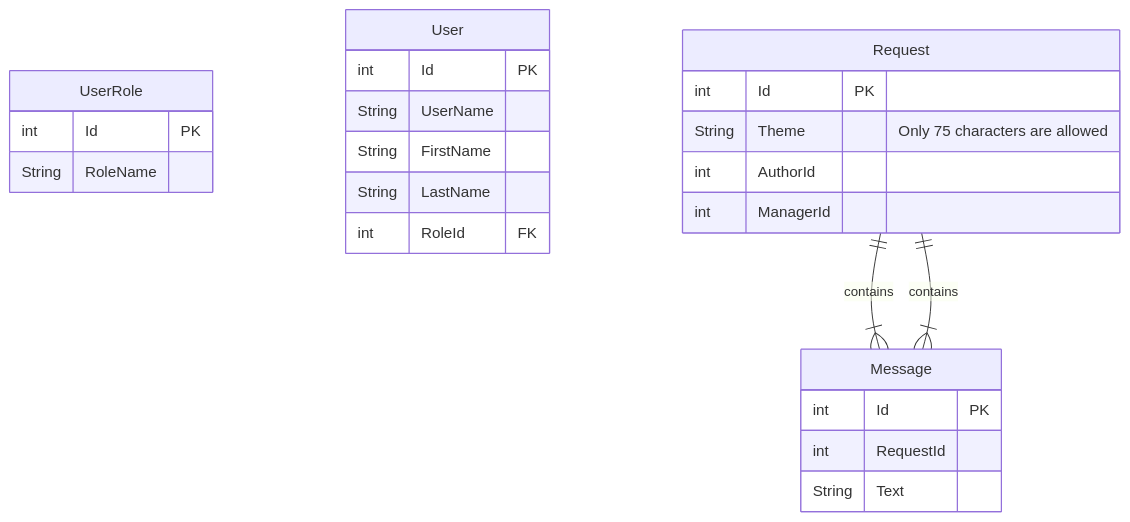
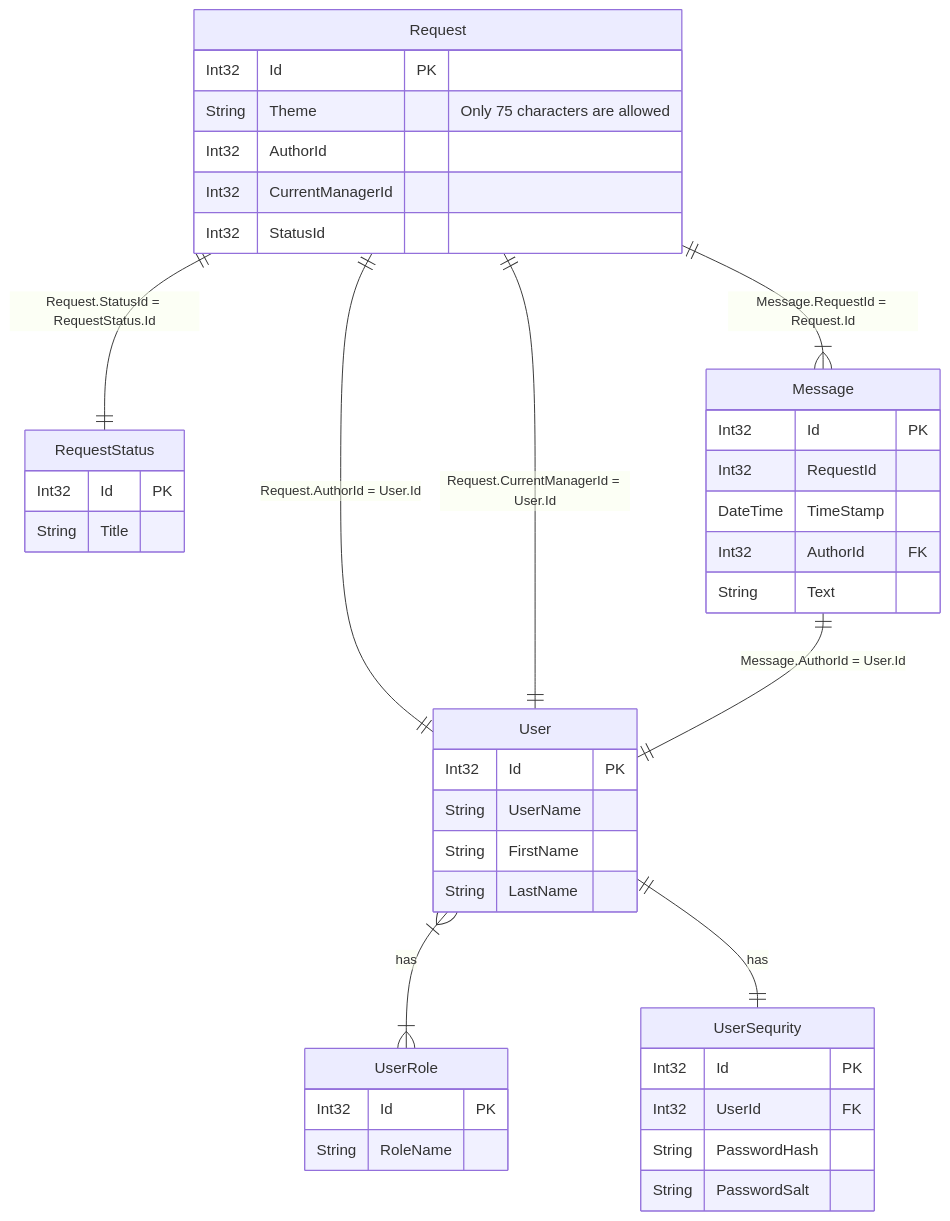
Before and after one commit to Zorin-Mykhailo/Hillel_PythonPro: the first of 2 diagrams in Hillel_PythonPro/13/homework13.md, drawn with Mermaid. The commit also changed other lines of this file, not shown here.

````diff
--- a/Hillel_PythonPro/13/homework13.md
+++ b/Hillel_PythonPro/13/homework13.md
@@ -18,33 +3,54 @@
 ```mermaid
 erDiagram
 
   UserRole {
-    int Id PK
+    Int32 Id PK
     String RoleName
   }
   
+  UserSequrity{
+    Int32 Id PK
+    Int32 UserId FK
+    String PasswordHash
+    String PasswordSalt
+  }
+  
   User {
-    int Id PK
-    String UserName
+    Int32 Id PK
+    String UserName    
     String FirstName
     String LastName
-    int RoleId FK
+  }
+  
+  RequestStatus {
+    Int32 Id PK
+    String Title
   }
   
   Request {
-    int Id PK
+    Int32 Id PK
     String Theme "Only 75 characters are allowed"
-    int AuthorId
-    int ManagerId
+    Int32 AuthorId
+    Int32 CurrentManagerId
+    Int32 StatusId
   }
   
+  
+  
   Message {
-    int Id PK
-    int RequestId
+    Int32 Id PK
+    Int32 RequestId
+    DateTime TimeStamp
+    Int32 AuthorId FK
     String Text
   }
   
-  Request ||--|{ Message : contains
-  Request ||--|{ Message : contains
+  Request ||--|{ Message : "Message.RequestId = Request.Id"
+  Request ||--|| RequestStatus : "Request.StatusId = RequestStatus.Id"
+  Request ||--|| User : "Request.AuthorId = User.Id"
+  Request ||--|| User : "Request.CurrentManagerId = User.Id"
+  Message ||--|| User : "Message.AuthorId = User.Id"
+  User }|--|{ UserRole : has
+  User ||--|| UserSequrity : has  
   
 ```
````
